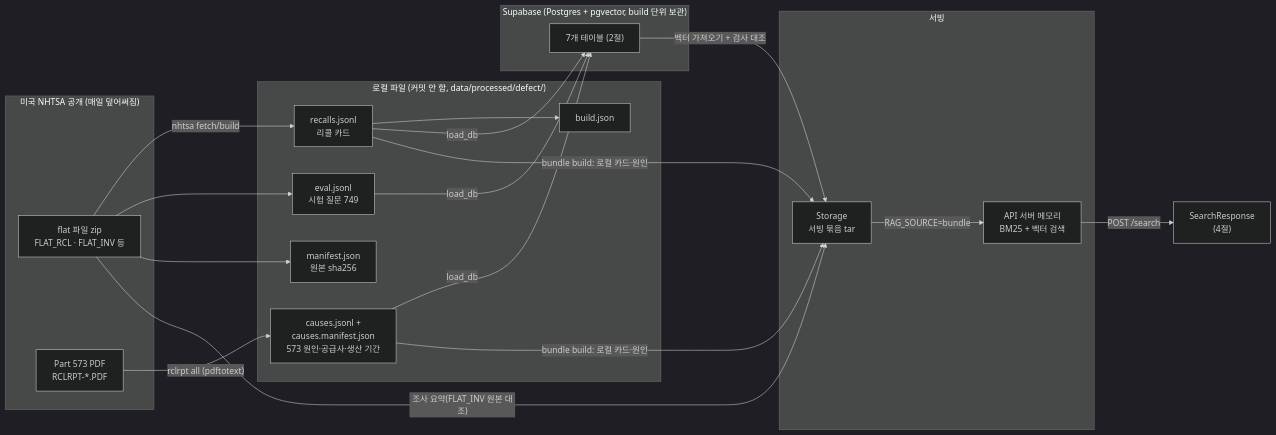
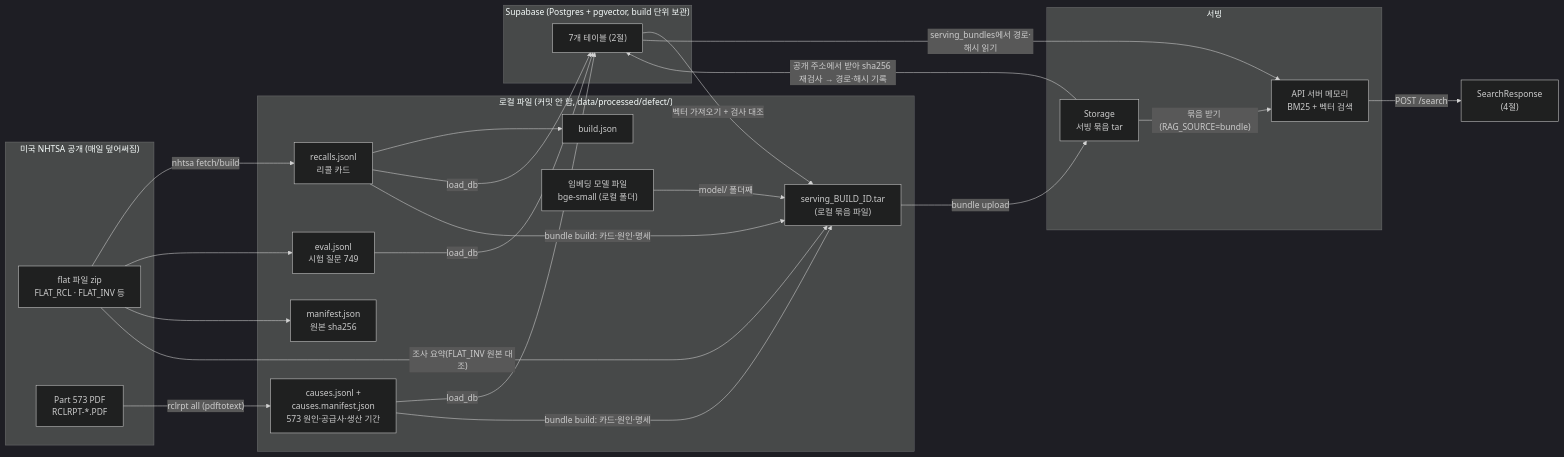
The first of 3 diagrams in docs/ERD.md (jh3779/recall-casebook), drawn with Mermaid (dark theme) before and after one commit. The commit also changed 1 other file, not shown here.

Commit message:
docs: 리뷰봇 지적 반영 — ERD 서빙 묶음 흐름을 만들기·올리기·기록 순서로 그리고 원인 글 표시 수치를 정정한다
- ERD 흐름도에 임베딩 모델 폴더, 로컬 tar 생성, Storage 업로드, 공개 주소 재검사 뒤 serving_bundles 기록, API 서버가 기록의 경로·해시를 읽고 묶음을 받는 순서를 더한다
- PRD 한계 표에서 원인 글을 보여 주는 카드를 filled 8,160장과 stated_unknown 3,132장으로, 상태만 보여 주는 카드를 19,058장으로 구분한다

````diff
--- a/docs/ERD.md
+++ b/docs/ERD.md
@@ -8,32 +8,38 @@
 ```mermaid
 flowchart LR
     subgraph NHTSA["미국 NHTSA 공개 (매일 덮어써짐)"]
         FLAT["flat 파일 zip<br/>FLAT_RCL · FLAT_INV 등"]
         PDF["Part 573 PDF<br/>RCLRPT-*.PDF"]
     end
     subgraph LOCAL["로컬 파일 (커밋 안 함, data/processed/defect/)"]
         RAWM["manifest.json<br/>원본 sha256"]
         RECJ["recalls.jsonl<br/>리콜 카드"]
         EVALJ["eval.jsonl<br/>시험 질문 749"]
         CAUJ["causes.jsonl +<br/>causes.manifest.json<br/>573 원인·공급사·생산 기간"]
         BUILDJ["build.json"]
+        MODEL["임베딩 모델 파일<br/>bge-small (로컬 폴더)"]
+        TAR["serving_BUILD_ID.tar<br/>(로컬 묶음 파일)"]
     end
     subgraph DB["Supabase (Postgres + pgvector, build 단위 보관)"]
         T["7개 테이블 (2절)"]
     end
     subgraph SERVE["서빙"]
         STOR["Storage<br/>서빙 묶음 tar"]
         MEM["API 서버 메모리<br/>BM25 + 벡터 검색"]
     end
     FLAT -->|nhtsa fetch/build| RECJ
     FLAT --> EVALJ
     FLAT --> RAWM
     PDF -->|"rclrpt all (pdftotext)"| CAUJ
     RECJ --> BUILDJ
     RECJ & EVALJ & CAUJ -->|load_db| T
-    RECJ & CAUJ -->|"bundle build: 로컬 카드·원인"| STOR
-    FLAT -->|"조사 요약(FLAT_INV 원본 대조)"| STOR
-    T -->|"벡터 가져오기 + 검사 대조"| STOR
-    STOR -->|RAG_SOURCE=bundle| MEM
+    RECJ & CAUJ -->|"bundle build: 카드·원인·명세"| TAR
+    FLAT -->|"조사 요약(FLAT_INV 원본 대조)"| TAR
+    T -->|"벡터 가져오기 + 검사 대조"| TAR
+    MODEL -->|"model/ 폴더째"| TAR
+    TAR -->|"bundle upload"| STOR
+    STOR -->|"공개 주소에서 받아 sha256 재검사 → 경로·해시 기록"| T
+    T -->|"serving_bundles에서 경로·해시 읽기"| MEM
+    STOR -->|"묶음 받기 (RAG_SOURCE=bundle)"| MEM
     MEM -->|POST /search| API["SearchResponse<br/>(4절)"]
 ```
````
